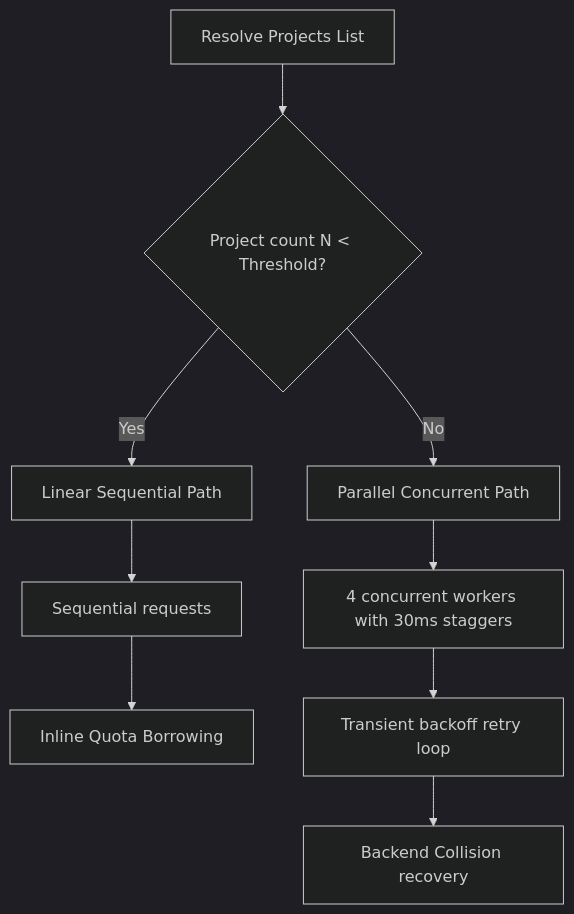
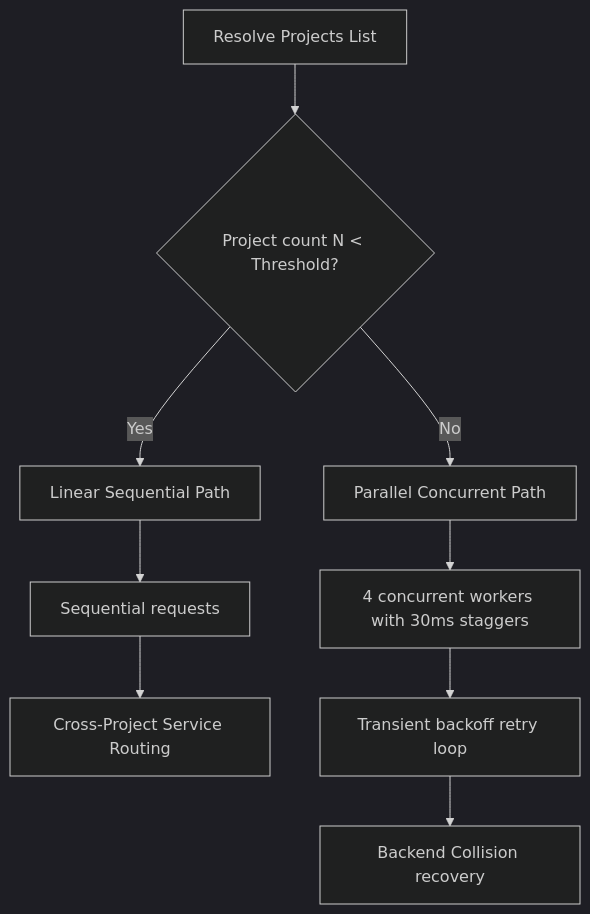
Before and after one commit to minherz/api-keys-finder: the diagram in README.md, drawn with Mermaid (dark theme). The commit also changed other lines of this file and 3 other files, not shown here.

````diff
--- a/README.md
+++ b/README.md
@@ -37,13 +70,13 @@
 ```mermaid
 flowchart TD
     A[Resolve Projects List] --> B{Project count N < Threshold?}
     B -- Yes --> C[Linear Sequential Path]
     B -- No --> D[Parallel Concurrent Path]
     
     C --> C1[Sequential requests]
-    C1 --> C2[Inline Quota Borrowing]
+    C1 --> C2[Cross-Project Service Routing]
     
     D --> D1[4 concurrent workers with 30ms staggers]
     D1 --> D2[Transient backoff retry loop]
     D2 --> D3[Backend Collision recovery]
 ```
````
